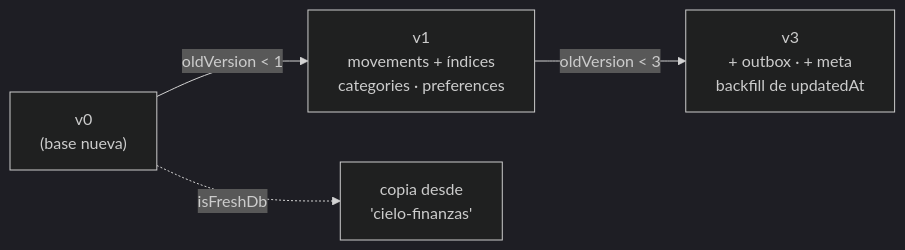
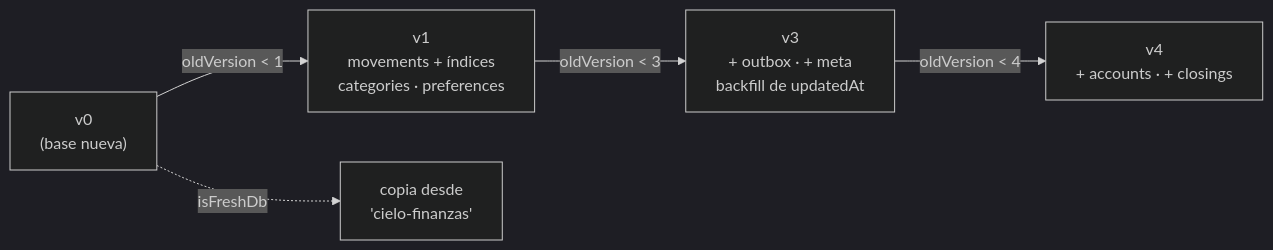
Before and after one commit to JoseCarlosCabelloTejero/FinHub: the first of 2 diagrams in docs/flows/migraciones-idb.md, drawn with Mermaid (dark theme). The commit also changed other lines of this file and 8 other files, not shown here.

````diff
--- a/docs/flows/migraciones-idb.md
+++ b/docs/flows/migraciones-idb.md
@@ -31,6 +31,7 @@
 ```mermaid
 flowchart LR
     V0["v0<br/>(base nueva)"] -->|"oldVersion < 1"| V1["v1<br/>movements + índices<br/>categories · preferences"]
     V1 -->|"oldVersion < 3"| V3["v3<br/>+ outbox · + meta<br/>backfill de updatedAt"]
+    V3 -->|"oldVersion < 4"| V4["v4<br/>+ accounts · + closings"]
     V0 -.->|isFreshDb| Legacy["copia desde<br/>'cielo-finanzas'"]
 ```
````
